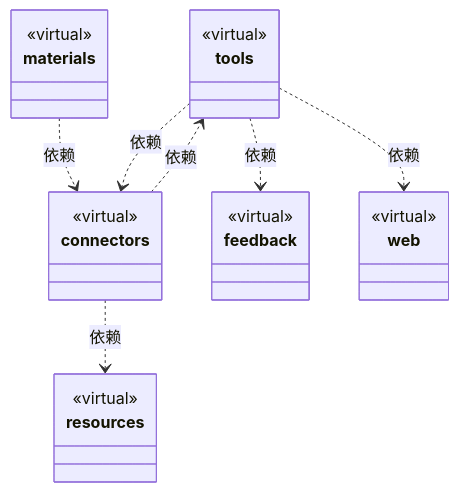
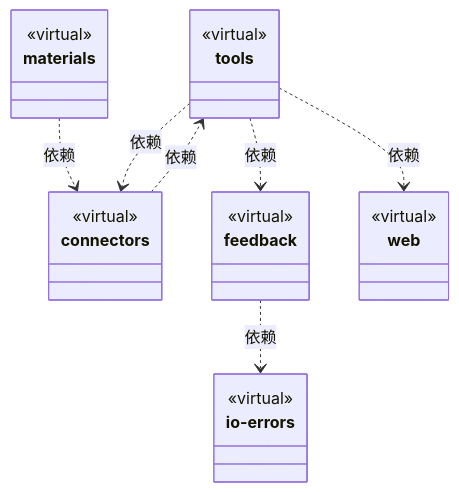
One commit to nan023062/cbim changed the fourth of 5 diagrams in src/logic/ARCHITECTURE.md. Above: the diagram before and after it, drawn with Mermaid. The commit also changed other lines of this file and 480 other files, not shown here.

````diff
--- a/src/logic/ARCHITECTURE.md
+++ b/src/logic/ARCHITECTURE.md
@@ -158,33 +159,33 @@
 ```mermaid
 classDiagram
 class N_40cc50f98509["tools"] {
   <<virtual>>
 }
 click N_40cc50f98509 href "tools/ARCHITECTURE.md"
 class N_b734247ecb35["connectors"] {
   <<virtual>>
 }
 click N_b734247ecb35 href "connectors/ARCHITECTURE.md"
 class N_f3f055d56704["feedback"] {
   <<virtual>>
 }
 click N_f3f055d56704 href "feedback/ARCHITECTURE.md"
 class N_e99b7cd6e11b["web"] {
   <<virtual>>
 }
 click N_e99b7cd6e11b href "web/ARCHITECTURE.md"
-class N_a3428236c4a1["resources"] {
-  <<virtual>>
-}
-click N_a3428236c4a1 href "resources/ARCHITECTURE.md"
 class N_b4b0dd19dbdf["materials"] {
   <<virtual>>
 }
 click N_b4b0dd19dbdf href "materials/ARCHITECTURE.md"
-N_b734247ecb35 ..> N_a3428236c4a1 : 依赖
+class N_5aaa8e9daf01["io-errors"] {
+  <<virtual>>
+}
+click N_5aaa8e9daf01 href "io-errors/ARCHITECTURE.md"
 N_b734247ecb35 ..> N_40cc50f98509 : 依赖
+N_f3f055d56704 ..> N_5aaa8e9daf01 : 依赖
 N_b4b0dd19dbdf ..> N_b734247ecb35 : 依赖
 N_40cc50f98509 ..> N_b734247ecb35 : 依赖
 N_40cc50f98509 ..> N_f3f055d56704 : 依赖
 N_40cc50f98509 ..> N_e99b7cd6e11b : 依赖
 ```
````
